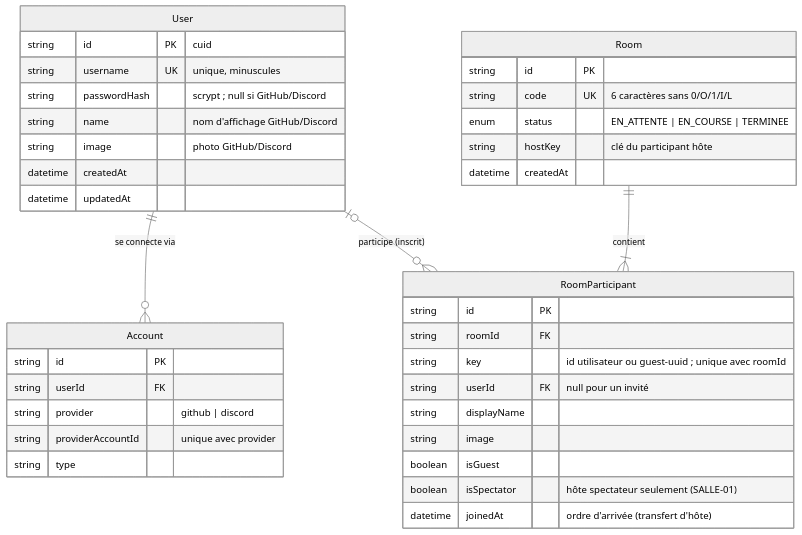
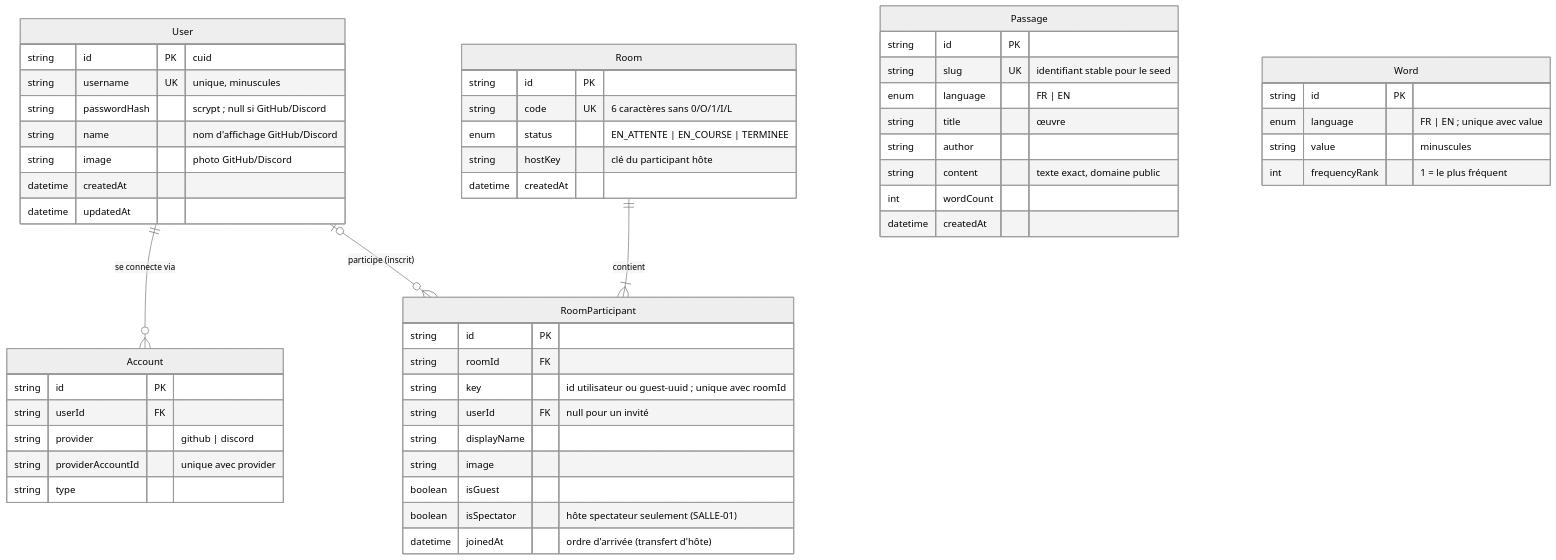
One commit to devzr24/typing-race changed the first of 2 diagrams in docs/architecture/modele-de-donnees.md. Above: the diagram before and after it, drawn with Mermaid (neutral theme). The commit also changed other lines of this file and 3 other files, not shown here.

````diff
--- a/docs/architecture/modele-de-donnees.md
+++ b/docs/architecture/modele-de-donnees.md
@@ -8,41 +8,57 @@
 ```mermaid
 erDiagram
     User ||--o{ Account : "se connecte via"
     User |o--o{ RoomParticipant : "participe (inscrit)"
     Room ||--|{ RoomParticipant : "contient"
 
     User {
         string id PK "cuid"
         string username UK "unique, minuscules"
         string passwordHash "scrypt ; null si GitHub/Discord"
         string name "nom d'affichage GitHub/Discord"
         string image "photo GitHub/Discord"
         datetime createdAt
         datetime updatedAt
     }
     Account {
         string id PK
         string userId FK
         string provider "github | discord"
         string providerAccountId "unique avec provider"
         string type
     }
     Room {
         string id PK
         string code UK "6 caractères sans 0/O/1/I/L"
         enum status "EN_ATTENTE | EN_COURSE | TERMINEE"
         string hostKey "clé du participant hôte"
         datetime createdAt
     }
     RoomParticipant {
         string id PK
         string roomId FK
         string key "id utilisateur ou guest-uuid ; unique avec roomId"
         string userId FK "null pour un invité"
         string displayName
         string image
         boolean isGuest
         boolean isSpectator "hôte spectateur seulement (SALLE-01)"
         datetime joinedAt "ordre d'arrivée (transfert d'hôte)"
     }
+    Passage {
+        string id PK
+        string slug UK "identifiant stable pour le seed"
+        enum language "FR | EN"
+        string title "œuvre"
+        string author
+        string content "texte exact, domaine public"
+        int wordCount
+        datetime createdAt
+    }
+    Word {
+        string id PK
+        enum language "FR | EN ; unique avec value"
+        string value "minuscules"
+        int frequencyRank "1 = le plus fréquent"
+    }
 ```
````
